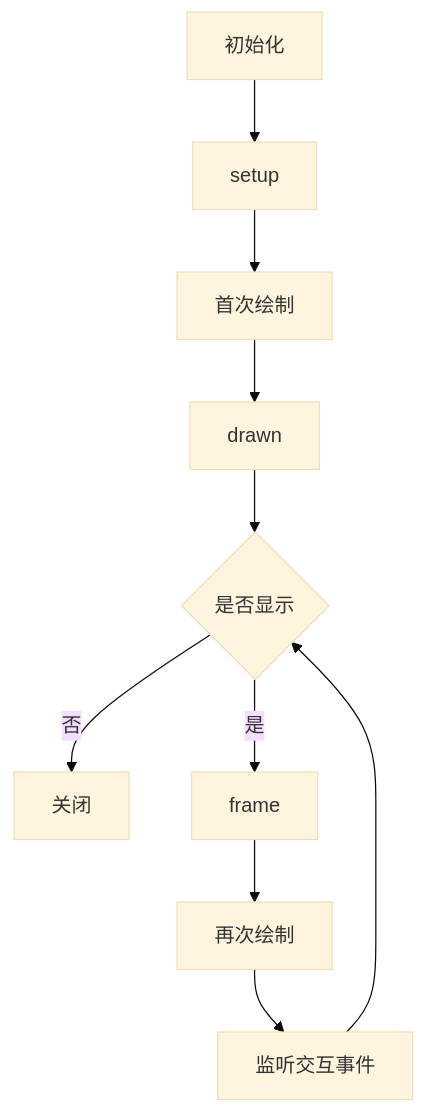
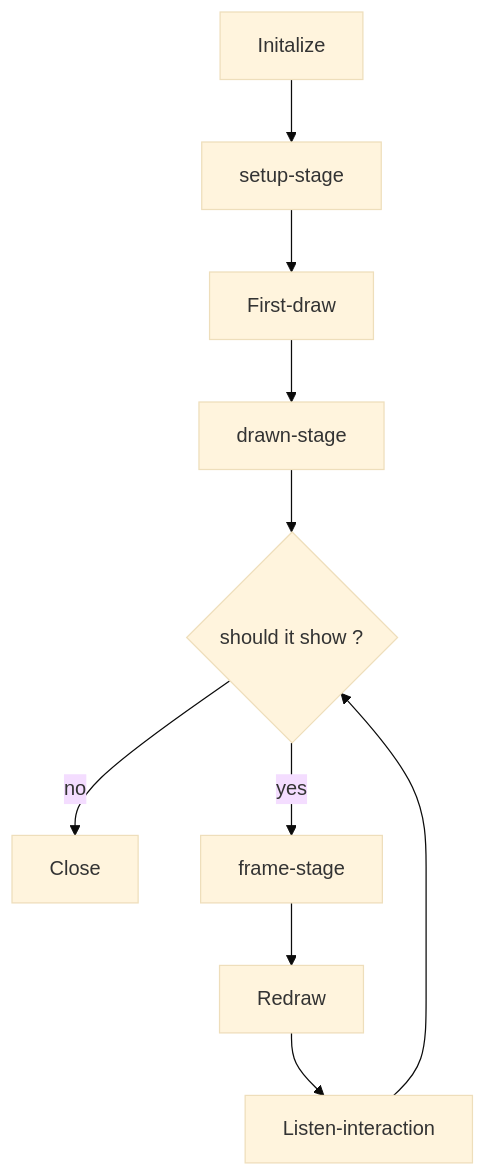
One commit to bluebones-team/psychopy-scene changed the diagram in README.md. Above: the diagram before and after it, drawn with Mermaid (base theme). The commit also changed other lines of this file and 3 other files, not shown here.

````diff
--- a/README.md
+++ b/README.md
@@ -227,6 +271,6 @@
 ```mermaid
 graph TD
-初始化 --> setup --> 首次绘制 --> drawn --> c{是否显示}
-c -->|否| 关闭
-c -->|是| frame --> 再次绘制 --> 监听交互事件 --> c
+Initalize --> setup-stage --> First-draw --> drawn-stage --> c{should it show ?}
+c -->|no| Close
+c -->|yes| frame-stage --> Redraw --> Listen-interaction --> c
 ```
````
